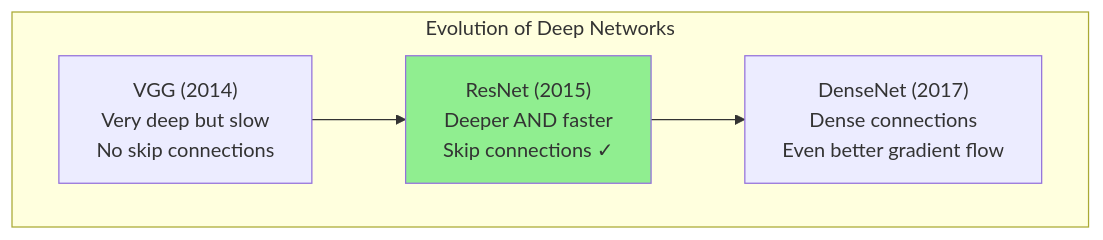
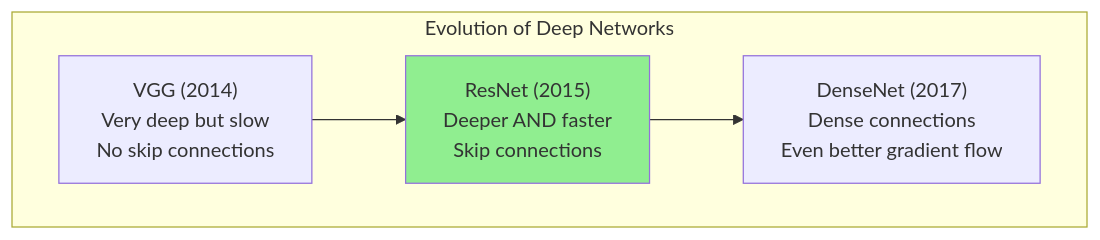
One commit to Vtheonly/Obsidian_Notes changed diagram 19 of 22 in AI/Non Academic/Machine Learning/04. Artificial Neural Networks (ANN) & Deep Learning.md. Above: the diagram before and after it, drawn with Mermaid. The commit also changed other lines of this file and 148 other files, not shown here.

````diff
--- a/AI/Non Academic/Machine Learning/04. Artificial Neural Networks (ANN) & Deep Learning.md
+++ b/AI/Non Academic/Machine Learning/04. Artificial Neural Networks (ANN) & Deep Learning.md
@@ -798,12 +798,12 @@
 ```mermaid
 flowchart TB
     subgraph Comparison["Evolution of Deep Networks"]
         VGG["VGG (2014)<br/>Very deep but slow<br/>No skip connections"]
-        ResNet["ResNet (2015)<br/>Deeper AND faster<br/>Skip connections ✓"]
+        ResNet["ResNet (2015)<br/>Deeper AND faster<br/>Skip connections "]
         DenseNet["DenseNet (2017)<br/>Dense connections<br/>Even better gradient flow"]
     end
     
     VGG --> ResNet --> DenseNet
     
     style ResNet fill:#90EE90
 ```
````
